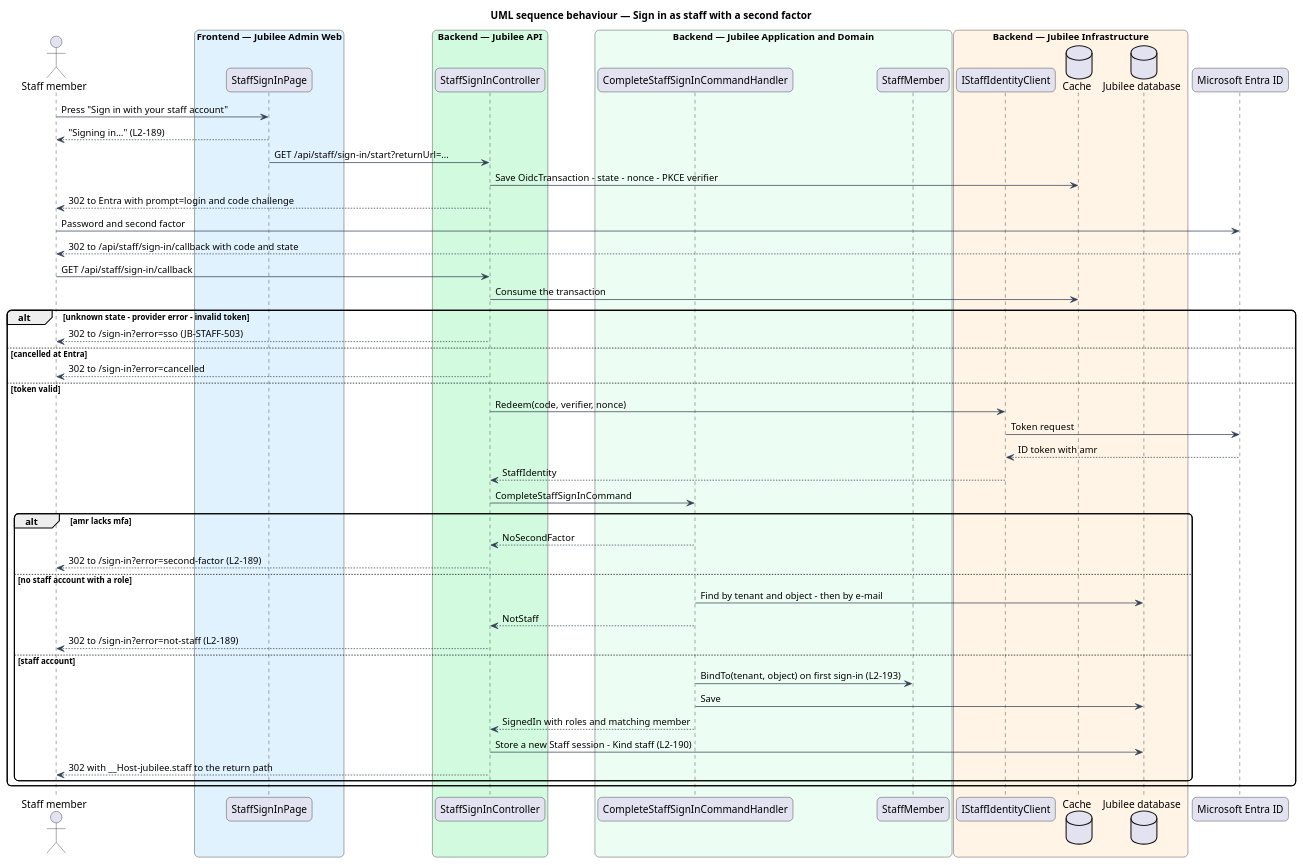
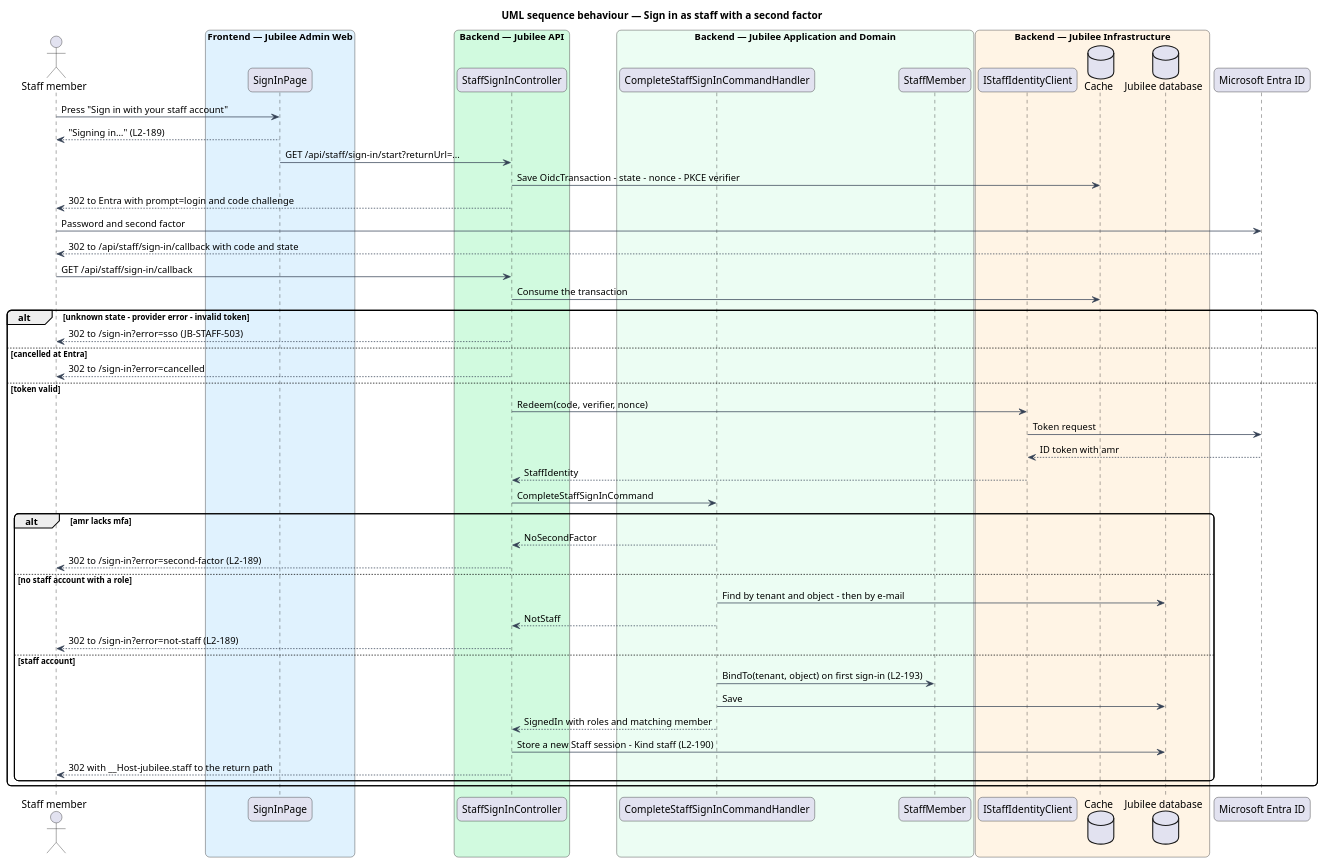
The diagram in docs/detailed-designs/accounts/sign-in-as-staff/diagrams/sequence-staff-sign-in.puml (QuinntyneBrown/jubilee), drawn with PlantUML before and after one commit. The commit also changed 7 other files, not shown here.

Commit message:
Name the admin application's sign-in page and interceptor as the code does

```diff
--- a/docs/detailed-designs/accounts/sign-in-as-staff/diagrams/sequence-staff-sign-in.puml
+++ b/docs/detailed-designs/accounts/sign-in-as-staff/diagrams/sequence-staff-sign-in.puml
@@ -1,59 +1,59 @@
 @startuml
 title UML sequence behaviour — Sign in as staff with a second factor
 skinparam backgroundColor #FFFFFF
 skinparam shadowing false
 skinparam roundcorner 12
 skinparam defaultFontName Arial
 skinparam ArrowColor #344054
 actor "Staff member" as actor
 box "Frontend — Jubilee Admin Web" #E0F2FE
-  participant "StaffSignInPage" as page
+  participant "SignInPage" as page
 end box
 box "Backend — Jubilee API" #D1FADF
   participant "StaffSignInController" as ctrl
 end box
 box "Backend — Jubilee Application and Domain" #ECFDF3
   participant "CompleteStaffSignInCommandHandler" as handler
   participant "StaffMember" as entity
 end box
 box "Backend — Jubilee Infrastructure" #FFF4E5
   participant "IStaffIdentityClient" as oidc
   database "Cache" as cache
   database "Jubilee database" as db
 end box
 participant "Microsoft Entra ID" as entra
 actor -> page : Press "Sign in with your staff account"
 page --> actor : "Signing in…" (L2-189)
 page -> ctrl : GET /api/staff/sign-in/start?returnUrl=...
 ctrl -> cache : Save OidcTransaction - state - nonce - PKCE verifier
 ctrl --> actor : 302 to Entra with prompt=login and code challenge
 actor -> entra : Password and second factor
 entra --> actor : 302 to /api/staff/sign-in/callback with code and state
 actor -> ctrl : GET /api/staff/sign-in/callback
 ctrl -> cache : Consume the transaction
 alt unknown state - provider error - invalid token
   ctrl --> actor : 302 to /sign-in?error=sso (JB-STAFF-503)
 else cancelled at Entra
   ctrl --> actor : 302 to /sign-in?error=cancelled
 else token valid
   ctrl -> oidc : Redeem(code, verifier, nonce)
   oidc -> entra : Token request
   entra --> oidc : ID token with amr
   oidc --> ctrl : StaffIdentity
   ctrl -> handler : CompleteStaffSignInCommand
   alt amr lacks mfa
     handler --> ctrl : NoSecondFactor
     ctrl --> actor : 302 to /sign-in?error=second-factor (L2-189)
   else no staff account with a role
     handler -> db : Find by tenant and object - then by e-mail
     handler --> ctrl : NotStaff
     ctrl --> actor : 302 to /sign-in?error=not-staff (L2-189)
   else staff account
     handler -> entity : BindTo(tenant, object) on first sign-in (L2-193)
     handler -> db : Save
     handler --> ctrl : SignedIn with roles and matching member
     ctrl -> db : Store a new Staff session - Kind staff (L2-190)
     ctrl --> actor : 302 with __Host-jubilee.staff to the return path
   end
 end
 @enduml
```
